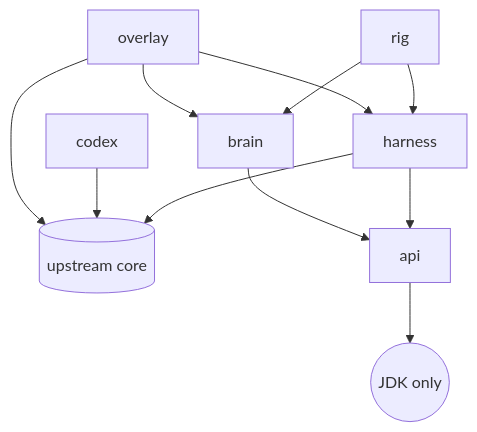
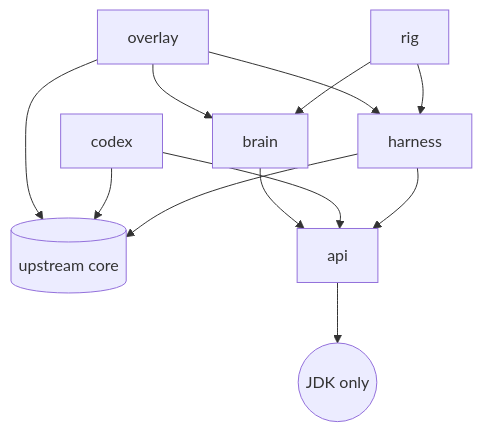
One commit to watchthelight/shatterfish changed the diagram in docs/architecture.md. Above: the diagram before and after it, drawn with Mermaid. The commit also changed other lines of this file and 20 other files, not shown here.

````diff
--- a/docs/architecture.md
+++ b/docs/architecture.md
@@ -15,14 +15,15 @@
 ```mermaid
 graph TD
   core[(upstream core)]
   api --> nothing((JDK only))
   harness --> core
   harness --> api
   codex --> core
+  codex --> api
   brain --> api
   rig --> harness
   rig --> brain
   overlay --> core
   overlay --> harness
   overlay --> brain
 ```
````
